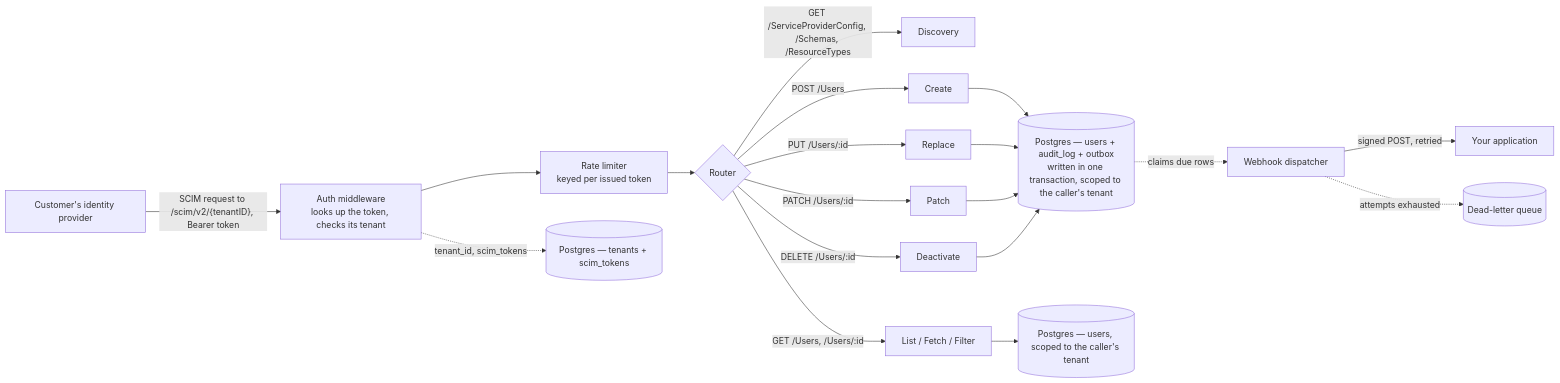
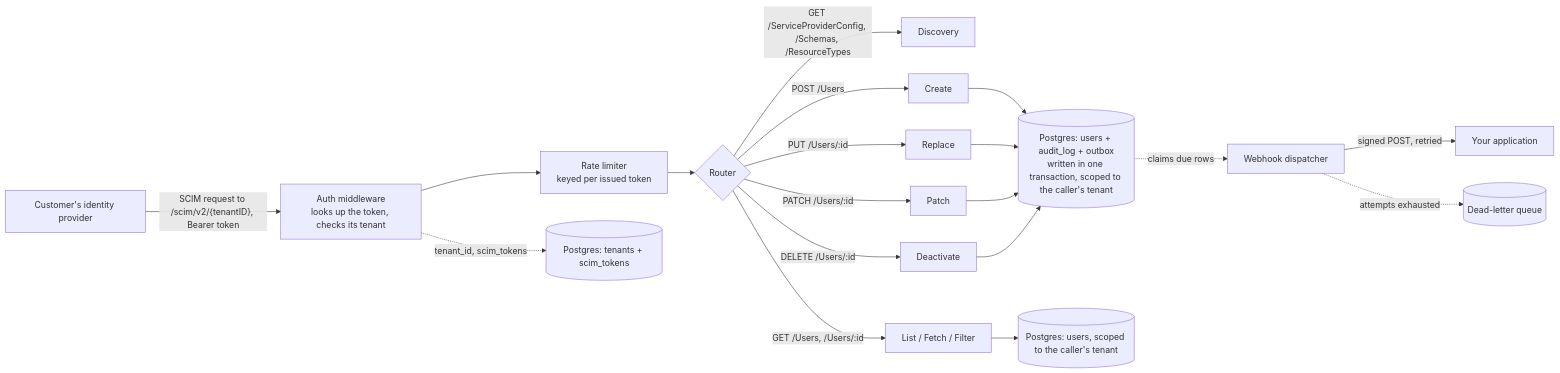
The diagram in README.md (meghamahna/SCIMage), drawn with Mermaid before and after one commit. The commit also changed other lines of this file and 7 other files, not shown here.

````diff
--- a/README.md
+++ b/README.md
@@ -47,21 +49,21 @@
 ```mermaid
 flowchart LR
     IDP[Customer's identity provider] -->|"SCIM request to /scim/v2/{tenantID}, Bearer token"| AUTH[Auth middleware<br/>looks up the token, checks its tenant]
     AUTH --> RL[Rate limiter<br/>keyed per issued token]
     RL --> ROUTER{Router}
     ROUTER -->|GET /ServiceProviderConfig, /Schemas, /ResourceTypes| DISCOVERY[Discovery]
     ROUTER -->|POST /Users| CREATE[Create]
     ROUTER -->|GET /Users, /Users/:id| READ[List / Fetch / Filter]
     ROUTER -->|PUT /Users/:id| UPDATE[Replace]
     ROUTER -->|PATCH /Users/:id| PATCHOP[Patch]
     ROUTER -->|DELETE /Users/:id| DEACTIVATE[Deactivate]
-    CREATE --> TX[("Postgres — users + audit_log + outbox<br/>written in one transaction, scoped to the caller's tenant")]
+    CREATE --> TX[("Postgres: users + audit_log + outbox<br/>written in one transaction, scoped to the caller's tenant")]
     UPDATE --> TX
     PATCHOP --> TX
     DEACTIVATE --> TX
-    READ --> DB[("Postgres — users, scoped to the caller's tenant")]
-    AUTH -.->|"tenant_id, scim_tokens"| TENANTS[("Postgres — tenants + scim_tokens")]
+    READ --> DB[("Postgres: users, scoped to the caller's tenant")]
+    AUTH -.->|"tenant_id, scim_tokens"| TENANTS[("Postgres: tenants + scim_tokens")]
     TX -.->|claims due rows| DISPATCH[Webhook dispatcher]
     DISPATCH -->|"signed POST, retried"| APP[Your application]
     DISPATCH -.->|"attempts exhausted"| DLQ[("Dead-letter queue")]
 ```
````
